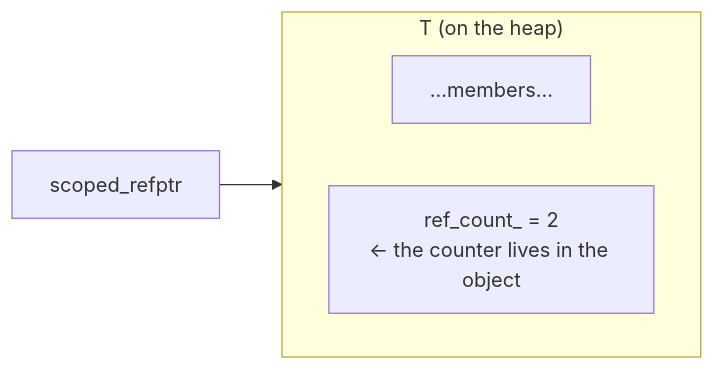
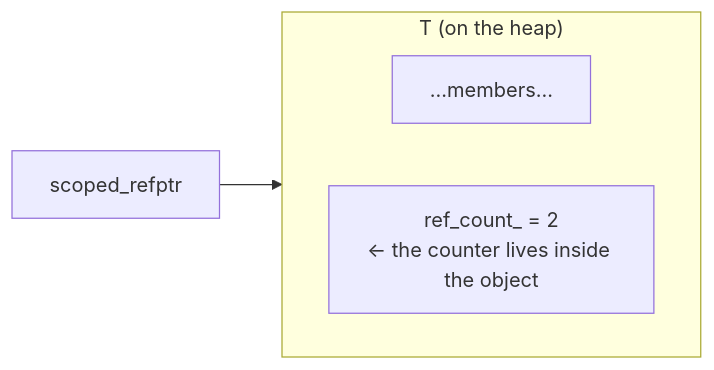
Before and after one commit to Awesome-Embedded-Learning-Studio/Tutorial_AwesomeModernCPP: the second of 2 diagrams in documents/en/vol9-open-source-project-learn/chrome/02_weak_ptr/full/pre-01-weak-ptr-intrusive-refcount-and-scoped-refptr.md, drawn with Mermaid. The commit also changed other lines of this file and 605 other files, not shown here.

````diff
--- a/documents/en/vol9-open-source-project-learn/chrome/02_weak_ptr/full/pre-01-weak-ptr-intrusive-refcount-and-scoped-refptr.md
+++ b/documents/en/vol9-open-source-project-learn/chrome/02_weak_ptr/full/pre-01-weak-ptr-intrusive-refcount-and-scoped-refptr.md
@@ -67,9 +73,9 @@
 ```mermaid
 flowchart LR
     SR["scoped_refptr"] --> T
     subgraph T["T (on the heap)"]
         direction LR
         M["...members..."]
-        RC["ref_count_ = 2<br/>← the counter lives in the object"]
+        RC["ref_count_ = 2<br/>← the counter lives inside the object"]
     end
 ```
````
